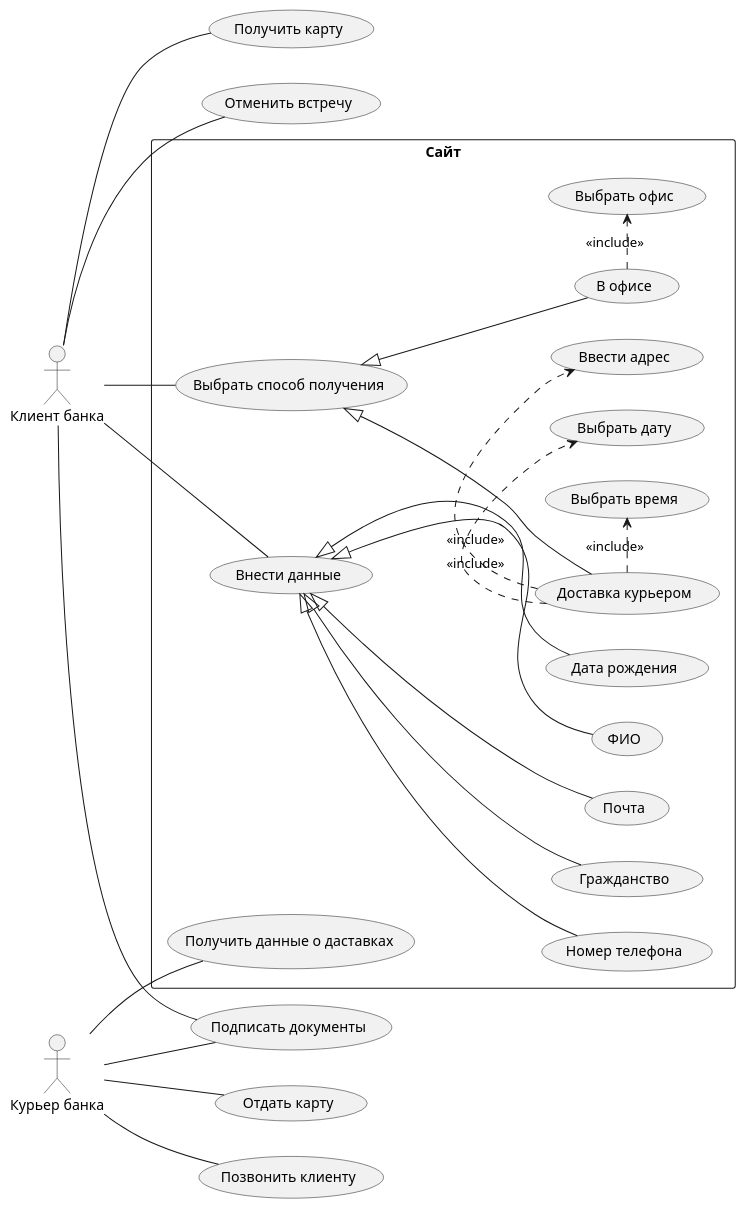
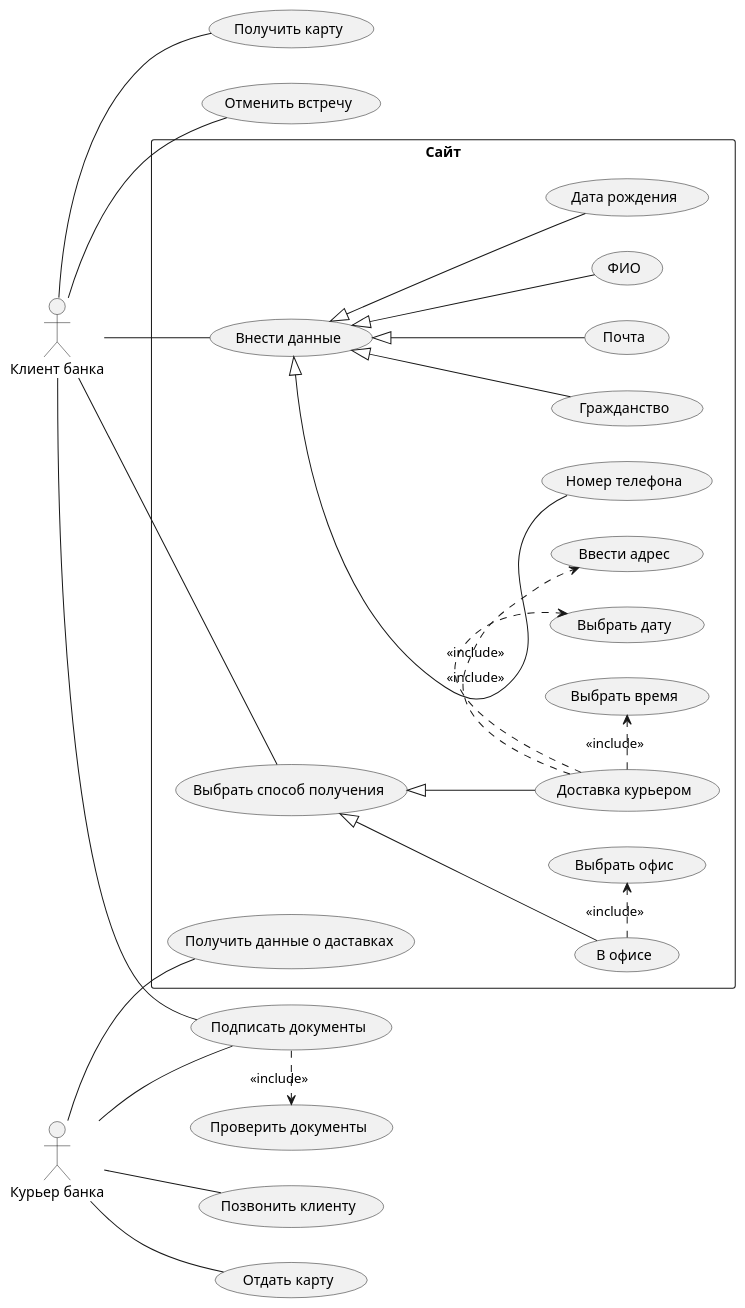
The first of 5 diagrams in HW UML/UML.md (Agafy/system-analysis), drawn with PlantUML before and after one commit. The commit also changed other lines of this file, not shown here.

````diff
--- a/HW UML/UML.md
+++ b/HW UML/UML.md
@@ -5,48 +5,50 @@
 ```plantuml
 @startuml
 left to right direction
 actor "Клиент банка" as cl
 actor "Курьер банка" as kr
 rectangle Сайт{
     usecase "Внести данные" as UC1
     usecase "Почта" as UC2
     usecase "ФИО" as UC3
     usecase "Дата рождения" as UC4
     usecase "Номер телефона" as UC5
     usecase "Гражданство" as UC6
     usecase "Выбрать способ получения" as UC7
     usecase "В офисе" as UC8
     usecase "Доставка курьером" as UC9
     usecase "Получить данные о даставках" as UC13
     usecase "Выбрать офис" as UC16
     usecase "Выбрать дату" as UC17
     usecase "Выбрать время" as UC18
     usecase "Ввести адрес" as UC19
     UC8 .> UC16 : <<include>>
     UC9 .> UC17 : <<include>>
     UC9 .> UC18 : <<include>>
     UC9 .> UC19 : <<include>>
 }
 cl -- UC1
 UC1 <|-- UC2
 UC1 <|-- UC3
 UC1 <|-- UC4
 UC1 <|-- UC5
 UC1 <|-- UC6
 cl -- UC7
 UC7 <|-- UC8
 UC7 <|-- UC9
 usecase "Получить карту" as UC10
 usecase "Отменить встречу" as UC11
 usecase "Подписать документы" as UC12
 usecase "Отдать карту" as UC14
 usecase "Позвонить клиенту" as UC15
+usecase "Проверить документы" as UC20
 cl -- UC10
 cl -- UC11
 cl -- UC12
 kr -- UC12
 kr -- UC13
 kr -- UC14
 kr -- UC15
+UC12 .> UC20 : <<include>>
 @enduml
 ```
````
